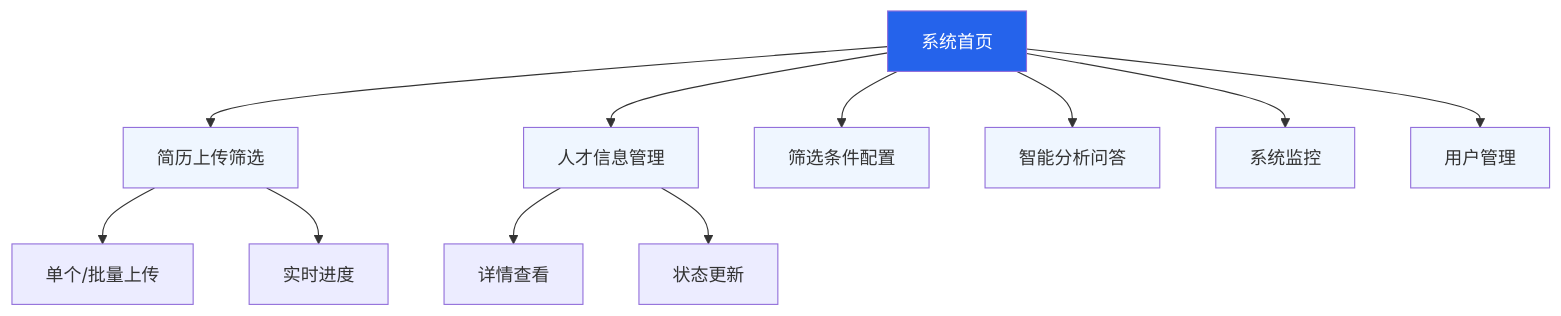
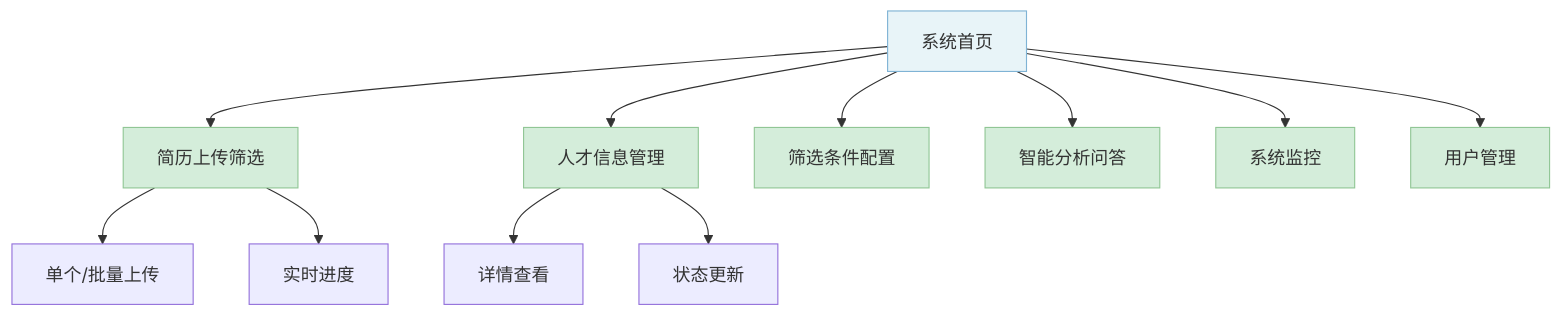
Before and after one commit to xt765/ResumeScreening: the second of 8 diagrams in docs/usage.md, drawn with Mermaid. The commit also changed other lines of this file and 4 other files, not shown here.

````diff
--- a/docs/usage.md
+++ b/docs/usage.md
@@ -37,23 +38,23 @@
 ```mermaid
 graph TD
     Home[系统首页] --> Resume[简历上传筛选]
     Home --> Talent[人才信息管理]
     Home --> Config[筛选条件配置]
     Home --> Analysis[智能分析问答]
     Home --> Monitor[系统监控]
     Home --> UserMgt[用户管理]
     
     Resume --> R1[单个/批量上传]
     Resume --> R2[实时进度]
     
     Talent --> T1[详情查看]
     Talent --> T2[状态更新]
     
-    style Home fill:#2563eb,color:#fff
-    style Resume fill:#eff6ff
-    style Talent fill:#eff6ff
-    style Config fill:#eff6ff
-    style Analysis fill:#eff6ff
-    style Monitor fill:#eff6ff
-    style UserMgt fill:#eff6ff
+    style Home fill:#e8f4f8,stroke:#7fb3d5
+    style Resume fill:#d4edda,stroke:#90c695
+    style Talent fill:#d4edda,stroke:#90c695
+    style Config fill:#d4edda,stroke:#90c695
+    style Analysis fill:#d4edda,stroke:#90c695
+    style Monitor fill:#d4edda,stroke:#90c695
+    style UserMgt fill:#d4edda,stroke:#90c695
 ```
````
